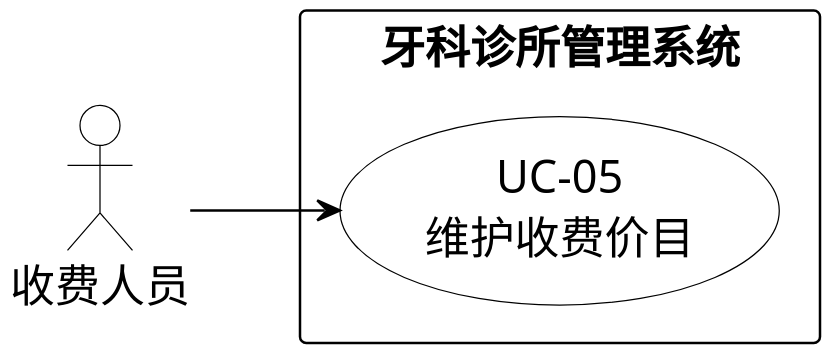
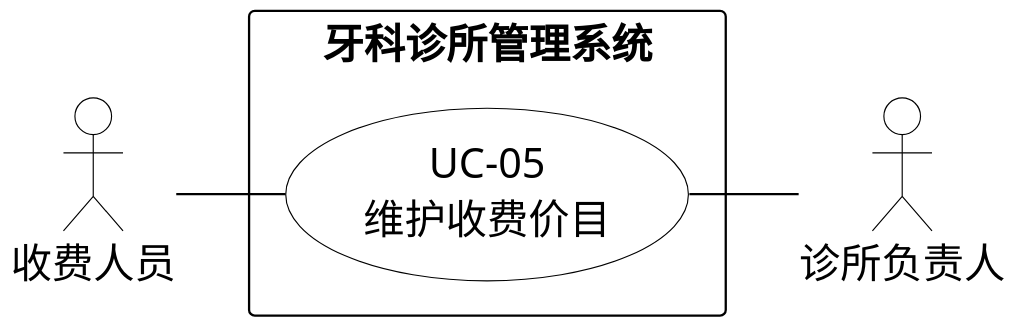
One commit to Shawmc-creator/systemAnalyseAndDesign changed the diagram in 01-需求文档/diagrams/07-05-system-use-case.puml. Above: the diagram before and after it, drawn with PlantUML. The commit also changed 736 other files, not shown here.

```diff
--- a/01-需求文档/diagrams/07-05-system-use-case.puml
+++ b/01-需求文档/diagrams/07-05-system-use-case.puml
@@ -1,26 +1,31 @@
 @startuml
-left to right direction
 skinparam backgroundColor white
 skinparam shadowing false
 skinparam defaultFontName SimSun
 skinparam defaultFontSize 18
-skinparam dpi 240
+skinparam dpi 220
 skinparam ArrowColor black
+skinparam nodesep 22
+skinparam ranksep 48
 skinparam actor {
  BorderColor black
  BackgroundColor white
 }
 skinparam usecase {
  BorderColor black
  BackgroundColor white
 }
 skinparam rectangle {
  BorderColor black
  BackgroundColor white
 }
-actor "收费人员" as A
+left to right direction
+actor "收费人员" as A0
+actor "诊所负责人" as A1
 rectangle "牙科诊所管理系统" {
  usecase "UC-05\n维护收费价目" as U
 }
-A --> U
+A0 -- U
+U -- A1
+
 @enduml
```
